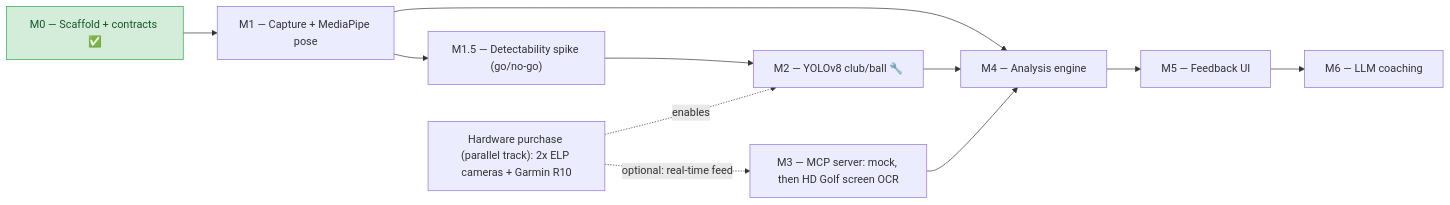
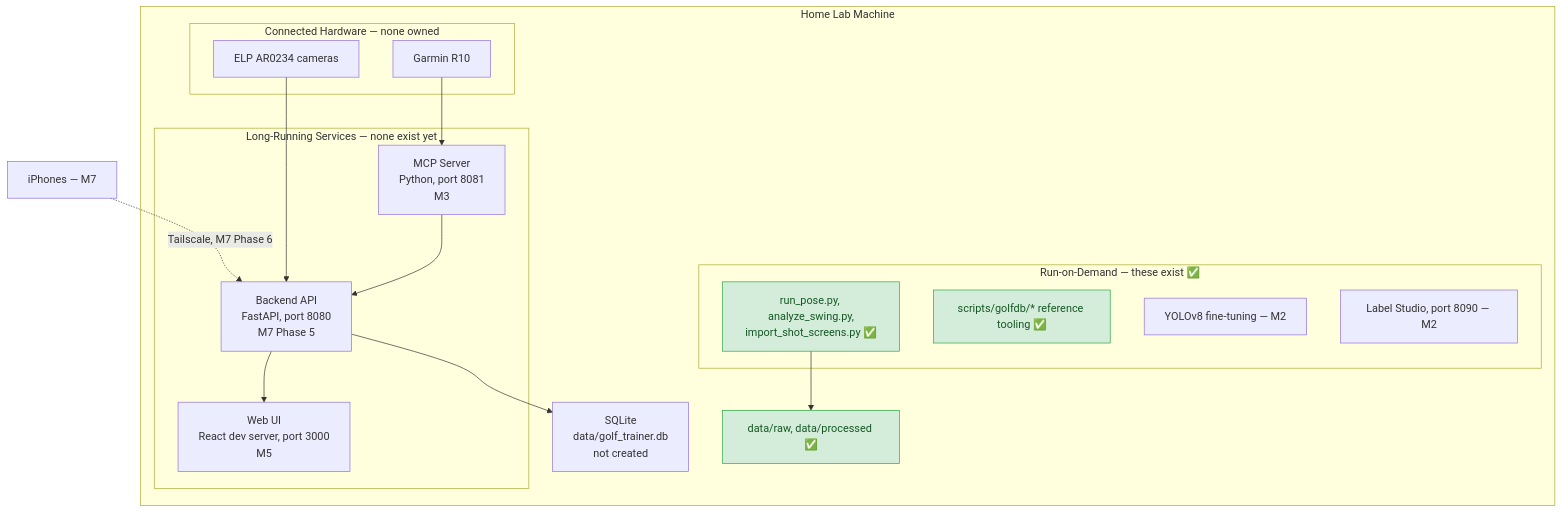
Before and after one commit to MildTreeRat/golf-coach: the fourth of 5 diagrams in docs/FLOW.md, drawn with Mermaid. The commit also changed other lines of this file and 16 other files, not shown here.

````diff
--- a/docs/FLOW.md
+++ b/docs/FLOW.md
@@ -120,18 +214,33 @@
 ```mermaid
-flowchart LR
-    M0["M0 — Scaffold + contracts ✅"] --> M1["M1 — Capture + MediaPipe pose"]
-    M1 --> M15["M1.5 — Detectability spike (go/no-go)"]
-    M15 --> M2["M2 — YOLOv8 club/ball 🔧"]
-    M1 --> M4["M4 — Analysis engine"]
-    M2 --> M4
-    M3["M3 — MCP server: mock, then HD Golf screen OCR"] --> M4
-    M4 --> M5["M5 — Feedback UI"]
-    M5 --> M6["M6 — LLM coaching"]
+graph TB
+    subgraph HomeLab ["Home Lab Machine"]
+        subgraph Services ["Long-Running Services — none exist yet"]
+            MCP_SRV["MCP Server<br/>Python, port 8081<br/>M3"]
+            API["Backend API<br/>FastAPI, port 8080<br/>M7 Phase 5"]
+            WEB["Web UI<br/>React dev server, port 3000<br/>M5"]
+        end
+        subgraph Scripts ["Run-on-Demand — these exist ✅"]
+            CLIS["run_pose.py, analyze_swing.py,<br/>import_shot_screens.py ✅"]
+            RESEARCH["scripts/golfdb/* reference tooling ✅"]
+            TRAIN["YOLOv8 fine-tuning — M2"]
+            LABEL["Label Studio, port 8090 — M2"]
+        end
+        subgraph HW ["Connected Hardware — none owned"]
+            CAM_HW["ELP AR0234 cameras"]
+            LM_HW2["Garmin R10"]
+        end
+        DB_FILE["SQLite<br/>data/golf_trainer.db<br/>not created"]
+        FILES["data/raw, data/processed ✅"]
+    end
 
-    HW["Hardware purchase (parallel track): 2x ELP cameras + Garmin R10"]
-    HW -.->|enables| M2
-    HW -.->|optional: real-time feed| M3
+    PHONE["iPhones — M7"] -.->|"Tailscale, M7 Phase 6"| API
+    CAM_HW --> API
+    LM_HW2 --> MCP_SRV
+    MCP_SRV --> API
+    API --> DB_FILE
+    API --> WEB
+    CLIS --> FILES
 
     classDef built fill:#d4edda,stroke:#28a745,color:#155724;
-    class M0 built;
+    class CLIS,RESEARCH,FILES built;
 ```
````
